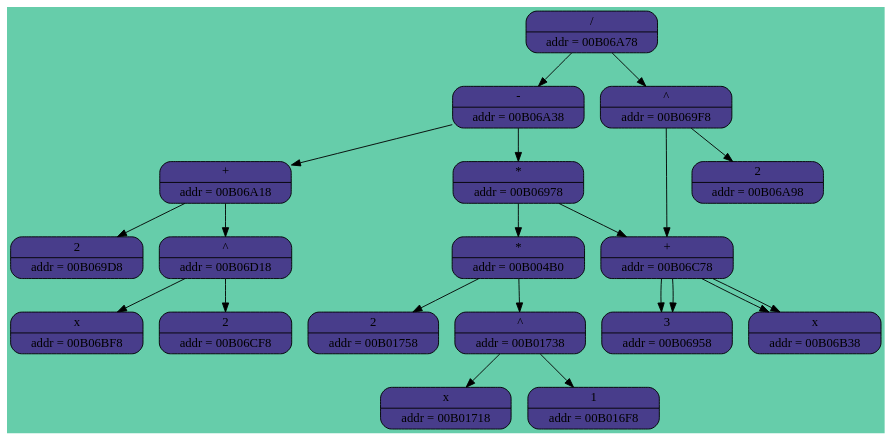
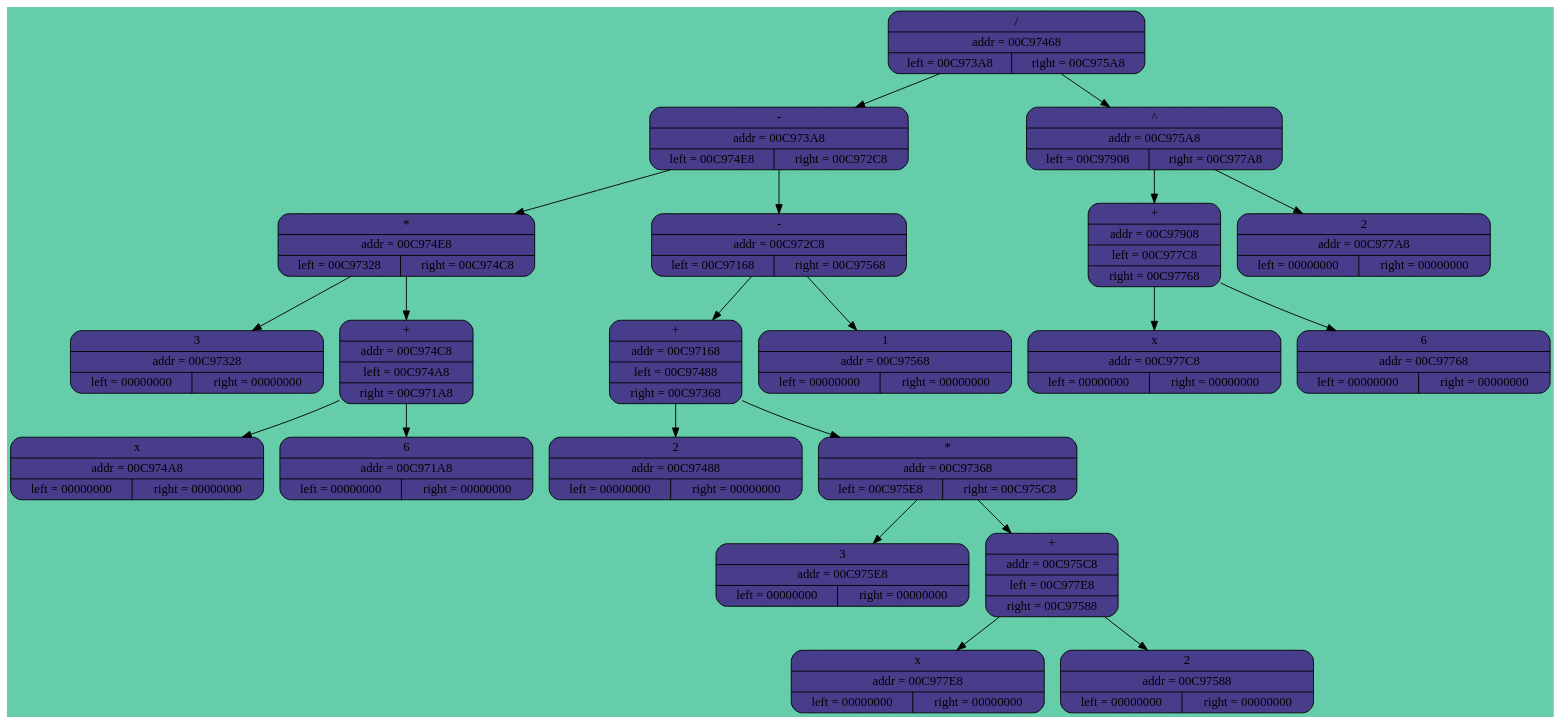
The diagram in Dump.dot (maachs/DIfferentiator), drawn with Graphviz before and after one commit. The commit also changed 16 other files, not shown here.

```diff
--- a/Dump.dot
+++ b/Dump.dot
@@ -1,46 +1,46 @@
 digraph G
 {
  rankdir = UD
 bgcolor = "aquamarine3"
-"00B06A78" [shape = Mrecord, style = "filled", fillcolor = "darkslateblue", label = "{ / | addr = 00B06A78}"];
-"00B06A38" [shape = Mrecord, style = "filled", fillcolor = "darkslateblue", label = "{ - | addr = 00B06A38}"];
-"00B06978" [shape = Mrecord, style = "filled", fillcolor = "darkslateblue", label = "{ * | addr = 00B06978}"];
-"00B004B0" [shape = Mrecord, style = "filled", fillcolor = "darkslateblue", label = "{ * | addr = 00B004B0}"];
-"00B01758" [shape = Mrecord, style = "filled", fillcolor = "darkslateblue", label = "{ 2 | addr = 00B01758}"];
-"00B004B0"->"00B01758"
-"00B01738" [shape = Mrecord, style = "filled", fillcolor = "darkslateblue", label = "{ ^ | addr = 00B01738}"];
-"00B01718" [shape = Mrecord, style = "filled", fillcolor = "darkslateblue", label = "{ x | addr = 00B01718}"];
-"00B01738"->"00B01718"
-"00B016F8" [shape = Mrecord, style = "filled", fillcolor = "darkslateblue", label = "{ 1 | addr = 00B016F8}"];
-"00B01738"->"00B016F8"
-"00B004B0"->"00B01738"
-"00B06978"->"00B004B0"
-"00B06C78" [shape = Mrecord, style = "filled", fillcolor = "darkslateblue", label = "{+| addr = 00B06C78}"];
-"00B06958" [shape = Mrecord, style = "filled", fillcolor = "darkslateblue", label = "{ 3 | addr = 00B06958}"];
-"00B06C78"->"00B06958"
-"00B06B38" [shape = Mrecord, style = "filled", fillcolor = "darkslateblue", label = "{ x | addr = 00B06B38}"];
-"00B06C78"->"00B06B38"
-"00B06978"->"00B06C78"
-"00B06A38"->"00B06978"
-"00B06A18" [shape = Mrecord, style = "filled", fillcolor = "darkslateblue", label = "{+| addr = 00B06A18}"];
-"00B069D8" [shape = Mrecord, style = "filled", fillcolor = "darkslateblue", label = "{ 2 | addr = 00B069D8}"];
-"00B06A18"->"00B069D8"
-"00B06D18" [shape = Mrecord, style = "filled", fillcolor = "darkslateblue", label = "{ ^ | addr = 00B06D18}"];
-"00B06BF8" [shape = Mrecord, style = "filled", fillcolor = "darkslateblue", label = "{ x | addr = 00B06BF8}"];
-"00B06D18"->"00B06BF8"
-"00B06CF8" [shape = Mrecord, style = "filled", fillcolor = "darkslateblue", label = "{ 2 | addr = 00B06CF8}"];
-"00B06D18"->"00B06CF8"
-"00B06A18"->"00B06D18"
-"00B06A38"->"00B06A18"
-"00B06A78"->"00B06A38"
-"00B069F8" [shape = Mrecord, style = "filled", fillcolor = "darkslateblue", label = "{ ^ | addr = 00B069F8}"];
-"00B06C78" [shape = Mrecord, style = "filled", fillcolor = "darkslateblue", label = "{+| addr = 00B06C78}"];
-"00B06958" [shape = Mrecord, style = "filled", fillcolor = "darkslateblue", label = "{ 3 | addr = 00B06958}"];
-"00B06C78"->"00B06958"
-"00B06B38" [shape = Mrecord, style = "filled", fillcolor = "darkslateblue", label = "{ x | addr = 00B06B38}"];
-"00B06C78"->"00B06B38"
-"00B069F8"->"00B06C78"
-"00B06A98" [shape = Mrecord, style = "filled", fillcolor = "darkslateblue", label = "{ 2 | addr = 00B06A98}"];
-"00B069F8"->"00B06A98"
-"00B06A78"->"00B069F8"
+"00C97468" [shape = Mrecord, style = "filled", fillcolor = "darkslateblue", label = "{ / | addr = 00C97468 | { left = 00C973A8 | right = 00C975A8}}"];
+"00C973A8" [shape = Mrecord, style = "filled", fillcolor = "darkslateblue", label = "{ - | addr = 00C973A8 | { left = 00C974E8 | right = 00C972C8}}"];
+"00C974E8" [shape = Mrecord, style = "filled", fillcolor = "darkslateblue", label = "{ * | addr = 00C974E8 | {left = 00C97328 | right = 00C974C8}}"];
+"00C97328" [shape = Mrecord, style = "filled", fillcolor = "darkslateblue", label = "{ 3 | addr = 00C97328 | { left = 00000000 | right = 00000000}}"];
+"00C974E8"->"00C97328"
+"00C974C8" [shape = Mrecord, style = "filled", fillcolor = "darkslateblue", label = "{+| addr = 00C974C8 | left = 00C974A8 | right = 00C971A8}}"];
+"00C974A8" [shape = Mrecord, style = "filled", fillcolor = "darkslateblue", label = "{ x | addr = 00C974A8 | { left = 00000000 | right = 00000000}}"];
+"00C974C8"->"00C974A8"
+"00C971A8" [shape = Mrecord, style = "filled", fillcolor = "darkslateblue", label = "{ 6 | addr = 00C971A8 | { left = 00000000 | right = 00000000}}"];
+"00C974C8"->"00C971A8"
+"00C974E8"->"00C974C8"
+"00C973A8"->"00C974E8"
+"00C972C8" [shape = Mrecord, style = "filled", fillcolor = "darkslateblue", label = "{ - | addr = 00C972C8 | { left = 00C97168 | right = 00C97568}}"];
+"00C97168" [shape = Mrecord, style = "filled", fillcolor = "darkslateblue", label = "{+| addr = 00C97168 | left = 00C97488 | right = 00C97368}}"];
+"00C97488" [shape = Mrecord, style = "filled", fillcolor = "darkslateblue", label = "{ 2 | addr = 00C97488 | { left = 00000000 | right = 00000000}}"];
+"00C97168"->"00C97488"
+"00C97368" [shape = Mrecord, style = "filled", fillcolor = "darkslateblue", label = "{ * | addr = 00C97368 | {left = 00C975E8 | right = 00C975C8}}"];
+"00C975E8" [shape = Mrecord, style = "filled", fillcolor = "darkslateblue", label = "{ 3 | addr = 00C975E8 | { left = 00000000 | right = 00000000}}"];
+"00C97368"->"00C975E8"
+"00C975C8" [shape = Mrecord, style = "filled", fillcolor = "darkslateblue", label = "{+| addr = 00C975C8 | left = 00C977E8 | right = 00C97588}}"];
+"00C977E8" [shape = Mrecord, style = "filled", fillcolor = "darkslateblue", label = "{ x | addr = 00C977E8 | { left = 00000000 | right = 00000000}}"];
+"00C975C8"->"00C977E8"
+"00C97588" [shape = Mrecord, style = "filled", fillcolor = "darkslateblue", label = "{ 2 | addr = 00C97588 | { left = 00000000 | right = 00000000}}"];
+"00C975C8"->"00C97588"
+"00C97368"->"00C975C8"
+"00C97168"->"00C97368"
+"00C972C8"->"00C97168"
+"00C97568" [shape = Mrecord, style = "filled", fillcolor = "darkslateblue", label = "{ 1 | addr = 00C97568 | { left = 00000000 | right = 00000000}}"];
+"00C972C8"->"00C97568"
+"00C973A8"->"00C972C8"
+"00C97468"->"00C973A8"
+"00C975A8" [shape = Mrecord, style = "filled", fillcolor = "darkslateblue", label = "{ ^ | addr = 00C975A8 | {left = 00C97908 | right = 00C977A8}}"];
+"00C97908" [shape = Mrecord, style = "filled", fillcolor = "darkslateblue", label = "{+| addr = 00C97908 | left = 00C977C8 | right = 00C97768}}"];
+"00C977C8" [shape = Mrecord, style = "filled", fillcolor = "darkslateblue", label = "{ x | addr = 00C977C8 | { left = 00000000 | right = 00000000}}"];
+"00C97908"->"00C977C8"
+"00C97768" [shape = Mrecord, style = "filled", fillcolor = "darkslateblue", label = "{ 6 | addr = 00C97768 | { left = 00000000 | right = 00000000}}"];
+"00C97908"->"00C97768"
+"00C975A8"->"00C97908"
+"00C977A8" [shape = Mrecord, style = "filled", fillcolor = "darkslateblue", label = "{ 2 | addr = 00C977A8 | { left = 00000000 | right = 00000000}}"];
+"00C975A8"->"00C977A8"
+"00C97468"->"00C975A8"
 }
```
